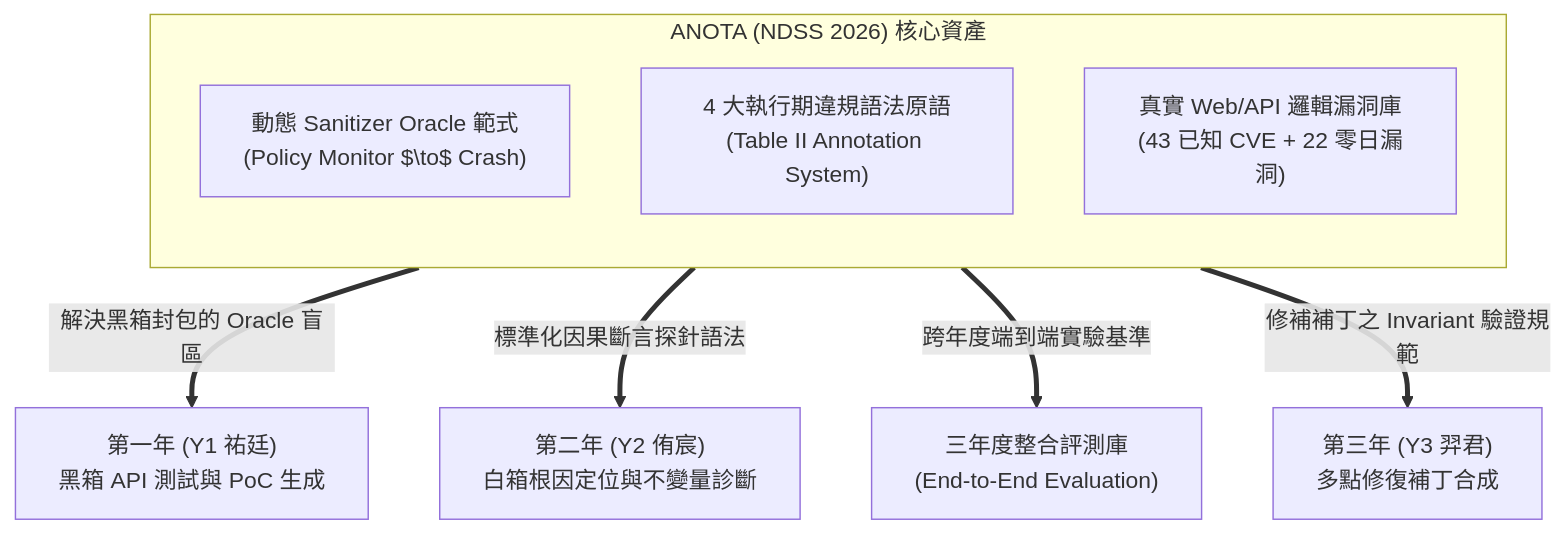
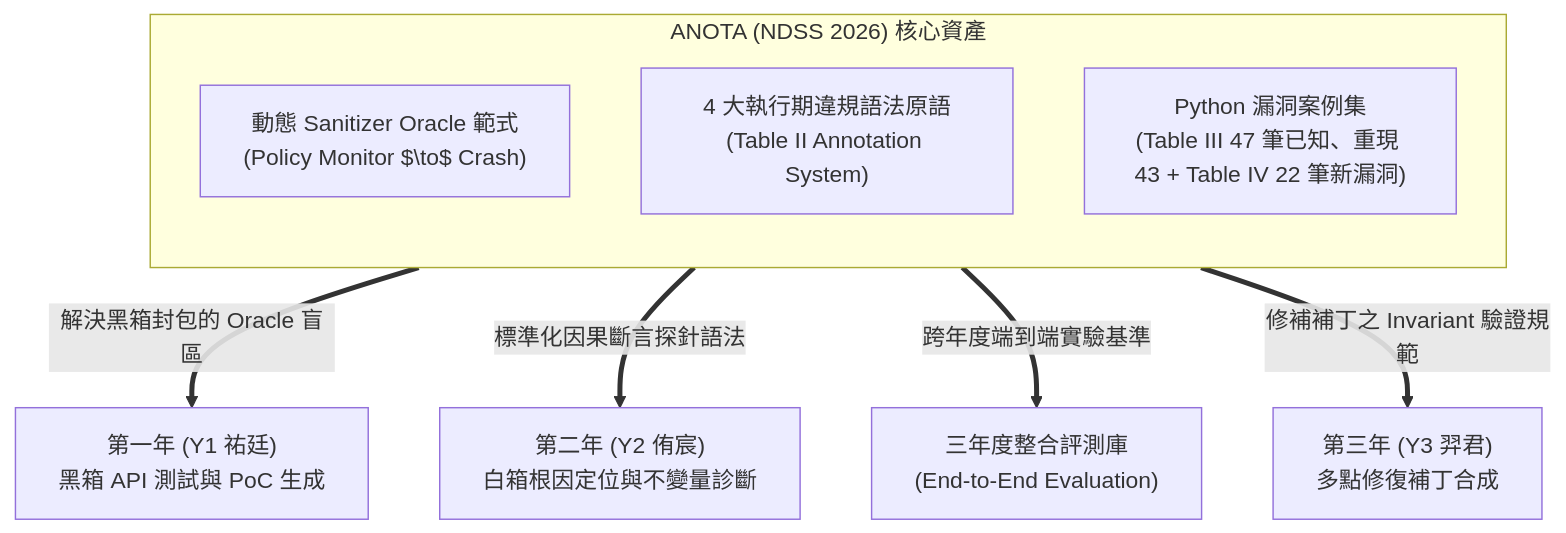
The diagram in proposals/logic-vuln-lifecycle/Y2-root-cause-localization/ANOTA_論文價值與參考借鑑.md (Youchenjiang/sec-code-research), drawn with Mermaid before and after one commit. The commit also changed other lines of this file and 5 other files, not shown here.

````diff
--- a/proposals/logic-vuln-lifecycle/Y2-root-cause-localization/ANOTA_論文價值與參考借鑑.md
+++ b/proposals/logic-vuln-lifecycle/Y2-root-cause-localization/ANOTA_論文價值與參考借鑑.md
@@ -18,14 +18,14 @@
 ```mermaid
 flowchart TD
     subgraph ANOTA ["ANOTA (NDSS 2026) 核心資產"]
         direction TB
         A1["動態 Sanitizer Oracle 範式<br/>(Policy Monitor $\to$ Crash)"]
         A2["4 大執行期違規語法原語<br/>(Table II Annotation System)"]
-        A3["真實 Web/API 邏輯漏洞庫<br/>(43 已知 CVE + 22 零日漏洞)"]
+        A3["Python 漏洞案例集<br/>(Table III 47 筆已知、重現 43 + Table IV 22 筆新漏洞)"]
     end
 
     A1 ==>|"解決黑箱封包的 Oracle 盲區"| Y1["第一年 (Y1 祐廷)<br/>黑箱 API 測試與 PoC 生成"]
     A2 ==>|"標準化因果斷言探針語法"| Y2["第二年 (Y2 侑宸)<br/>白箱根因定位與不變量診斷"]
     A3 ==>|"跨年度端到端實驗基準"| Benchmark["三年度整合評測庫<br/>(End-to-End Evaluation)"]
     A2 ==>|"修補補丁之 Invariant 驗證規範"| Y3["第三年 (Y3 羿君)<br/>多點修復補丁合成"]
 ```
````
